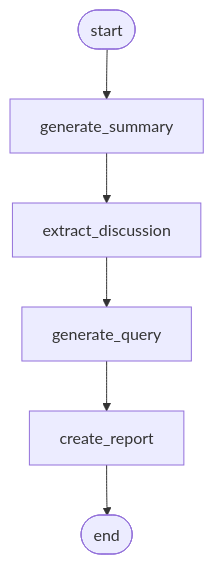
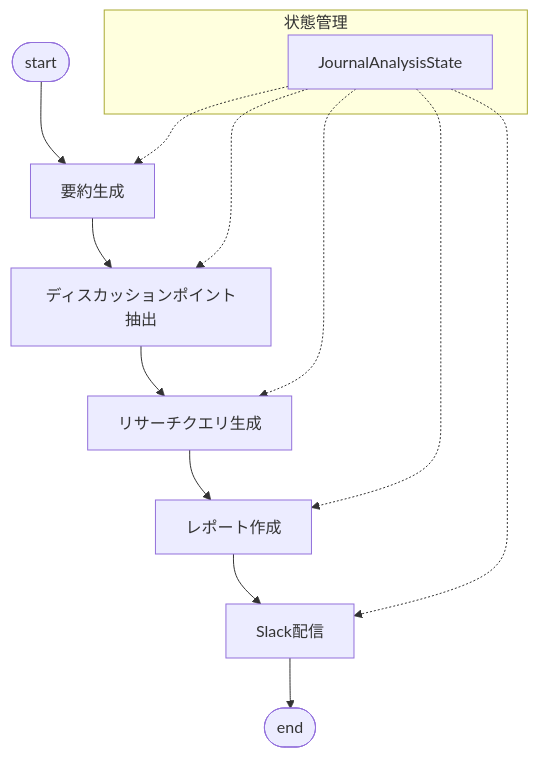
The diagram in README.md (sssshun664/journal_agent), drawn with Mermaid before and after one commit. The commit also changed other lines of this file and 1 other file, not shown here.

Commit message:
docs: Update architecture documentation - Add detailed technical stack description - Improve graph visualization - Add data flow explanation

````diff
--- a/README.md
+++ b/README.md
@@ -16,8 +28,19 @@
 ```mermaid
 graph TD;
-    __start__([start]) --> generate_summary
-    generate_summary --> extract_discussion
-    extract_discussion --> generate_query
-    generate_query --> create_report
-    create_report --> __end__([end])
+    __start__([start]) --> generate_summary[要約生成]
+    generate_summary --> extract_discussion[ディスカッションポイント抽出]
+    extract_discussion --> generate_query[リサーチクエリ生成]
+    generate_query --> create_report[レポート作成]
+    create_report --> slack[Slack配信]
+    slack --> __end__([end])
+
+    subgraph 状態管理
+    state[JournalAnalysisState]
+    end
+
+    state -.-> generate_summary
+    state -.-> extract_discussion
+    state -.-> generate_query
+    state -.-> create_report
+    state -.-> slack
 ```
````
